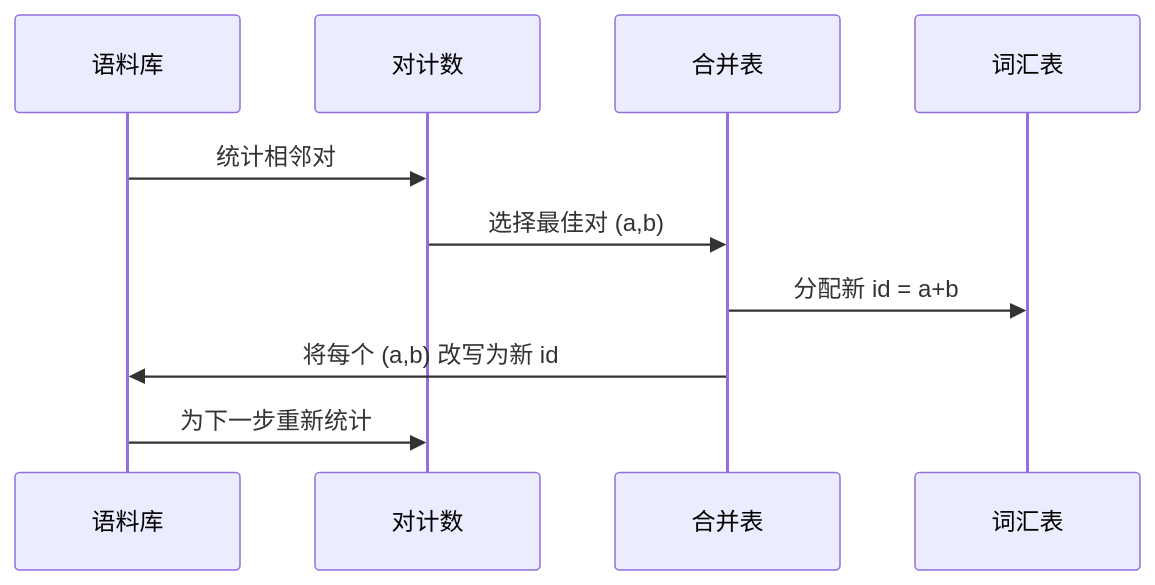
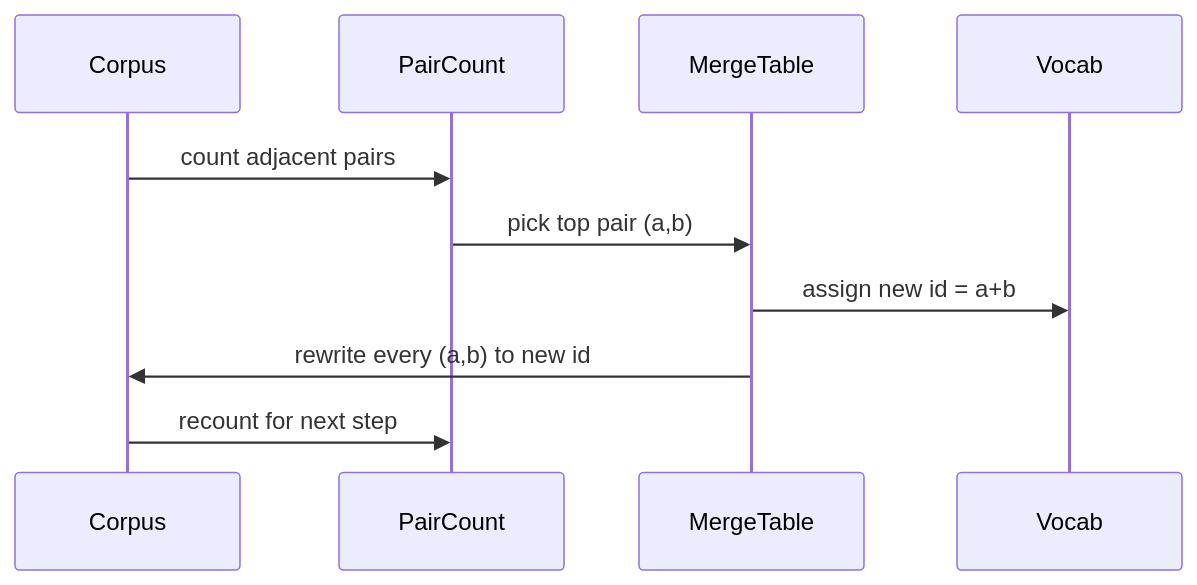
One commit to xiaojiaenen/ai-engineering-from-scratch-zh changed the second of 2 diagrams in i18n/zh/phases/19-capstone-projects/30-bpe-tokenizer-from-scratch/docs/zh.md. Above: the diagram before and after it, drawn with Mermaid. The commit also changed other lines of this file and 85 other files, not shown here.

````diff
--- a/i18n/zh/phases/19-capstone-projects/30-bpe-tokenizer-from-scratch/docs/zh.md
+++ b/i18n/zh/phases/19-capstone-projects/30-bpe-tokenizer-from-scratch/docs/zh.md
@@ -57,12 +57,12 @@
 ```mermaid
 sequenceDiagram
-    participant 语料库
-    participant 对计数
-    participant 合并表
-    participant 词汇表
-    语料库->>对计数: 统计相邻对
-    对计数->>合并表: 选择最佳对 (a,b)
-    合并表->>词汇表: 分配新 id = a+b
-    合并表->>语料库: 将每个 (a,b) 改写为新 id
-    语料库->>对计数: 为下一步重新统计
+    participant Corpus
+    participant PairCount
+    participant MergeTable
+    participant Vocab
+    Corpus->>PairCount: count adjacent pairs
+    PairCount->>MergeTable: pick top pair (a,b)
+    MergeTable->>Vocab: assign new id = a+b
+    MergeTable->>Corpus: rewrite every (a,b) to new id
+    Corpus->>PairCount: recount for next step
 ```
````
